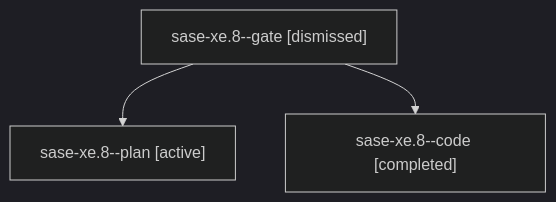
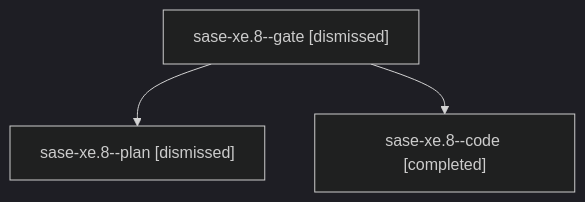
The diagram in sessions/bbugyi200.athena.sase-xe.8.md (sase-org/sase--agents), drawn with Mermaid (dark theme) before and after one commit. The commit also changed other lines of this file and 277 other files, not shown here.

````diff
--- a/sessions/bbugyi200.athena.sase-xe.8.md
+++ b/sessions/bbugyi200.athena.sase-xe.8.md
@@ -9,8 +9,8 @@
 ```mermaid
 flowchart TD
   n0["sase-xe.8--gate [dismissed]"]
-  n1["sase-xe.8--plan [active]"]
+  n1["sase-xe.8--plan [dismissed]"]
   n0 --> n1
   n2["sase-xe.8--code [completed]"]
   n0 --> n2
 ```
````
